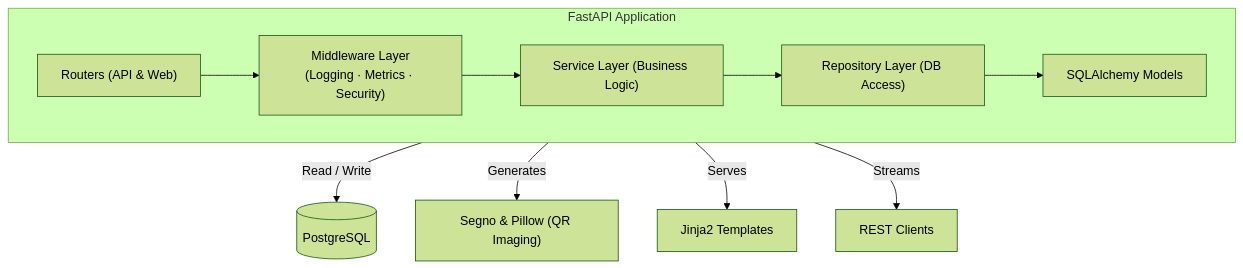
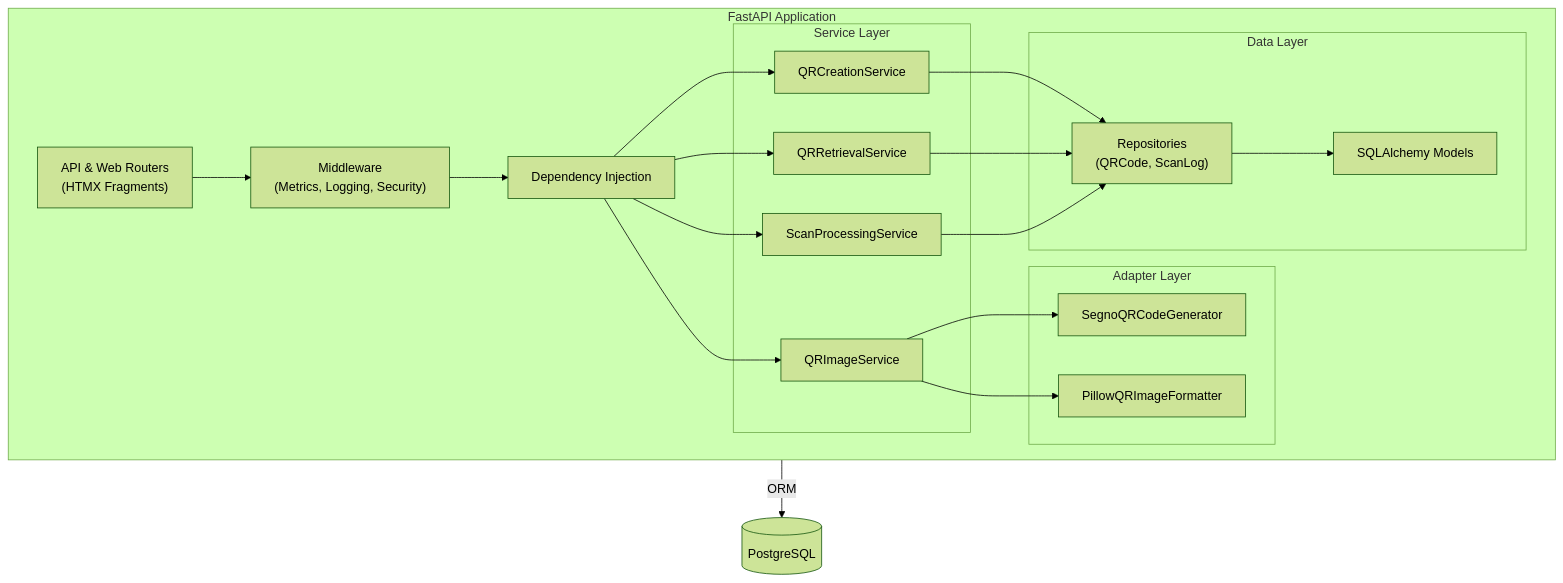
Before and after one commit to gsinghjay/mvp_qr_gen: the second of 4 diagrams in README.md, drawn with Mermaid (forest theme). The commit also changed other lines of this file, not shown here.

````diff
--- a/README.md
+++ b/README.md
@@ -208,18 +125,38 @@
 ```mermaid
 flowchart TD
     subgraph "FastAPI Application"
         direction LR
-        Router["Routers (API & Web)"]
-        Middleware["Middleware Layer<br>(Logging · Metrics · Security)"]
-        Services["Service Layer (Business Logic)"]
-        Repos["Repository Layer (DB Access)"]
-        Models["SQLAlchemy Models"]
+        Routers["API & Web Routers<br>(HTMX Fragments)"]
+        Middleware["Middleware<br>(Metrics, Logging, Security)"]
+        Dependencies["Dependency Injection"]
 
-        Router --> Middleware --> Services --> Repos --> Models
+        subgraph "Service Layer"
+            Creation["QRCreationService"]
+            Retrieval["QRRetrievalService"]
+            Image["QRImageService"]
+            Scan["ScanProcessingService"]
+        end
+        
+        subgraph "Adapter Layer"
+            Segno["SegnoQRCodeGenerator"]
+            Pillow["PillowQRImageFormatter"]
+        end
+
+        subgraph "Data Layer"
+            Repos["Repositories<br>(QRCode, ScanLog)"]
+            Models["SQLAlchemy Models"]
+        end
+
+        Routers --> Middleware --> Dependencies
+        Dependencies --> Creation & Retrieval & Image & Scan
+
+        Image --> Segno & Pillow
+        Creation --> Repos
+        Retrieval --> Repos
+        Scan --> Repos
+
+        Repos --> Models
     end
 
-    Models -- Read / Write --> Postgres[(PostgreSQL)]
-    Services -- Generates --> Segno["Segno & Pillow (QR Imaging)"]
-    Router -- Serves --> Jinja[Jinja2 Templates]
-    Router -- Streams --> APIClients[REST Clients]
+    Models -- ORM --> Postgres[(PostgreSQL)]
 ```
````
